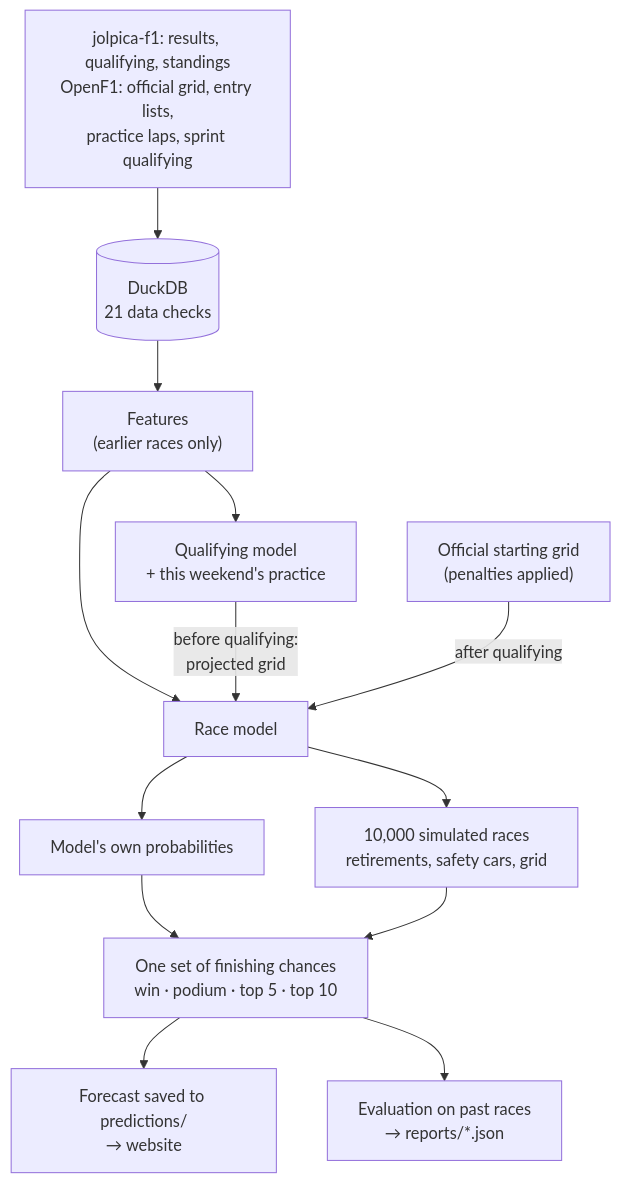
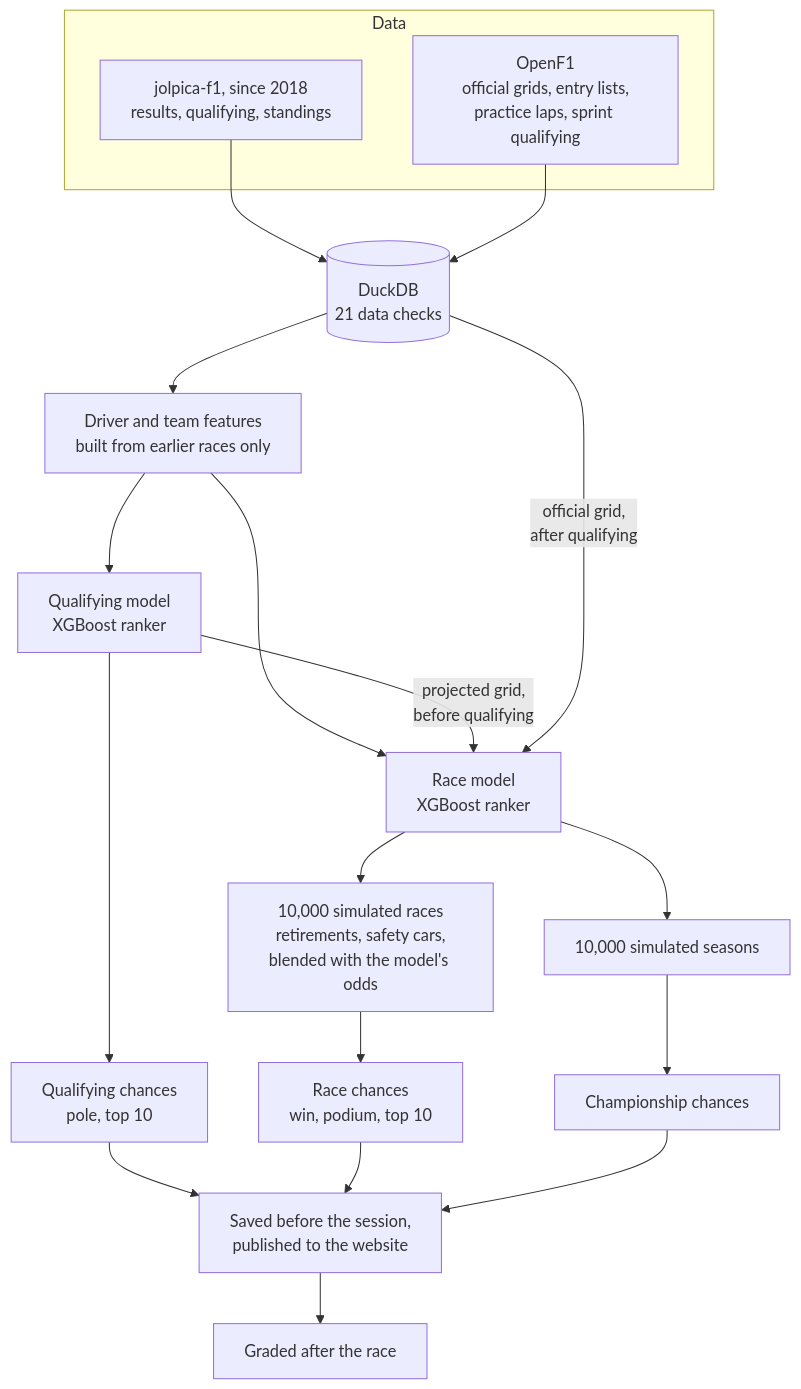
One commit to Parikshit06/f1pred changed the diagram in README.md. Above: the diagram before and after it, drawn with Mermaid. The commit also changed other lines of this file and 5 other files, not shown here.

````diff
--- a/README.md
+++ b/README.md
@@ -35,15 +32,23 @@
 ```mermaid
 flowchart TD
-    A["jolpica-f1: results, qualifying, standings<br/>OpenF1: official grid, entry lists,<br/>practice laps, sprint qualifying"] --> B[("DuckDB<br/>21 data checks")]
-    B --> C["Features<br/>(earlier races only)"]
-    C --> Q["Qualifying model<br/>+ this weekend's practice"]
-    C --> R["Race model"]
-    Q -- "before qualifying:<br/>projected grid" --> R
-    G["Official starting grid<br/>(penalties applied)"] -- "after qualifying" --> R
-    R --> P["Model's own probabilities"]
-    R --> M["10,000 simulated races<br/>retirements, safety cars, grid"]
-    P --> F["One set of finishing chances<br/>win · podium · top 5 · top 10"]
-    M --> F
-    F --> W["Forecast saved to predictions/<br/>→ website"]
-    F --> E["Evaluation on past races<br/>→ reports/*.json"]
+    subgraph data ["Data"]
+        J["jolpica-f1, since 2018<br/>results, qualifying, standings"]
+        O["OpenF1<br/>official grids, entry lists,<br/>practice laps, sprint qualifying"]
+    end
+    J --> DB[("DuckDB<br/>21 data checks")]
+    O --> DB
+    DB --> X["Driver and team features<br/>built from earlier races only"]
+    X --> Q["Qualifying model<br/>XGBoost ranker"]
+    X --> R["Race model<br/>XGBoost ranker"]
+    Q -- "projected grid,<br/>before qualifying" --> R
+    DB -- "official grid,<br/>after qualifying" --> R
+    R --> S["10,000 simulated races<br/>retirements, safety cars,<br/>blended with the model's odds"]
+    R --> T["10,000 simulated seasons"]
+    Q --> P["Qualifying chances<br/>pole, top 10"]
+    S --> F["Race chances<br/>win, podium, top 10"]
+    T --> C["Championship chances"]
+    P --> W["Saved before the session,<br/>published to the website"]
+    F --> W
+    C --> W
+    W --> G["Graded after the race"]
 ```
````
